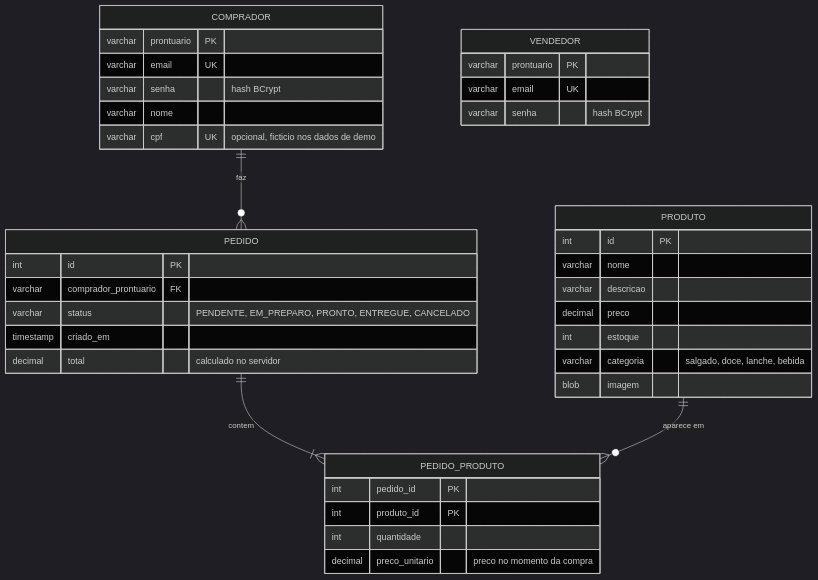
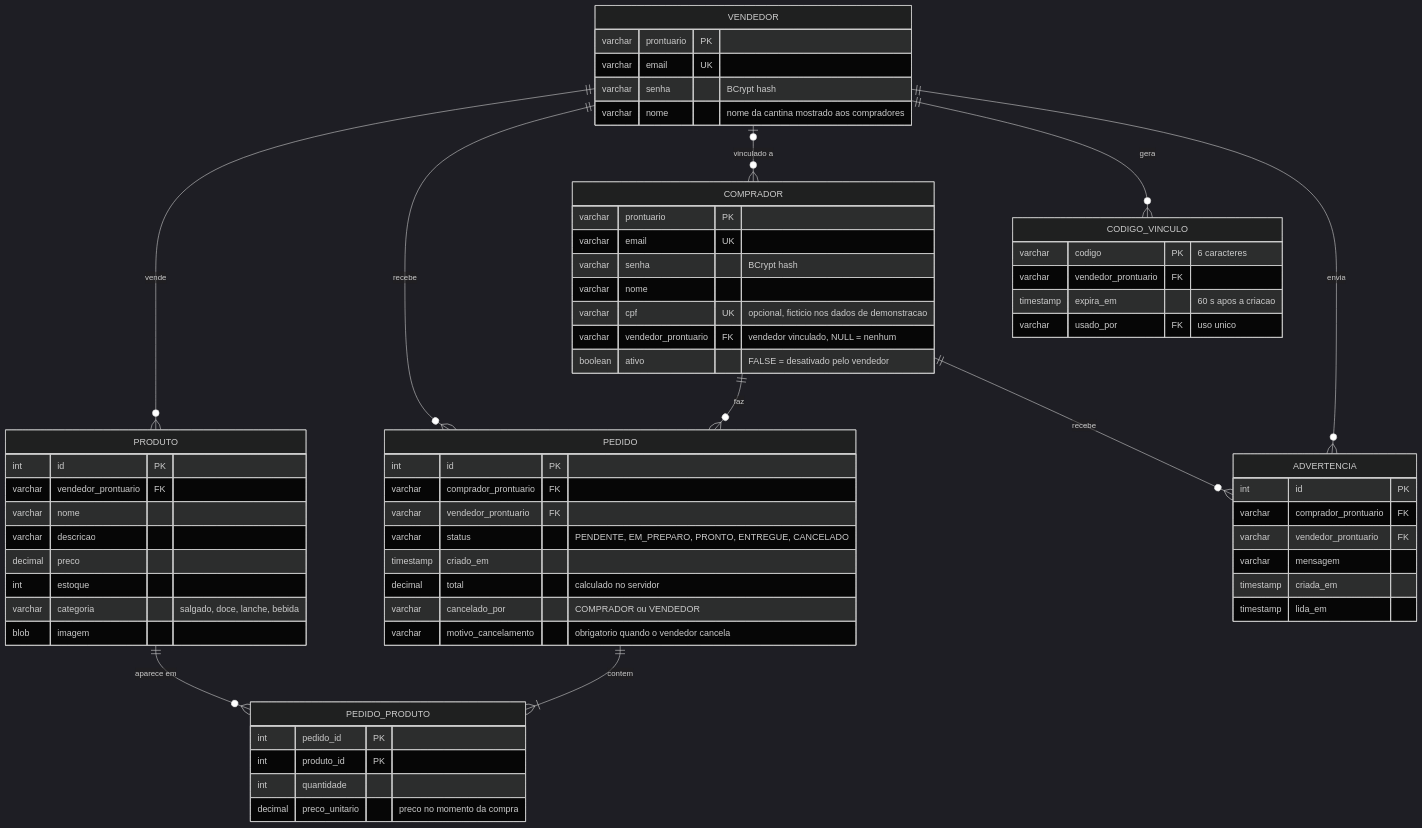
The diagram in LEIA-ME.md (TiagoJSaraiva/CantinaIF), drawn with Mermaid (dark theme) before and after one commit. The commit also changed other lines of this file and 4 other files, not shown here.

First line of the commit message:
docs: multivendedor, vinculo por codigo, gestao de compradores, novos tetos e migracao MySQL

````diff
--- a/LEIA-ME.md
+++ b/LEIA-ME.md
@@ -116,41 +126,68 @@
 ```mermaid
 erDiagram
+    VENDEDOR ||--o{ PRODUTO : vende
+    VENDEDOR ||--o{ PEDIDO : recebe
+    VENDEDOR |o--o{ COMPRADOR : "vinculado a"
+    VENDEDOR ||--o{ CODIGO_VINCULO : gera
+    VENDEDOR ||--o{ ADVERTENCIA : envia
     COMPRADOR ||--o{ PEDIDO : faz
+    COMPRADOR ||--o{ ADVERTENCIA : recebe
     PEDIDO ||--|{ PEDIDO_PRODUTO : contem
     PRODUTO ||--o{ PEDIDO_PRODUTO : "aparece em"
 
+    VENDEDOR {
+        varchar prontuario PK
+        varchar email UK
+        varchar senha "BCrypt hash"
+        varchar nome "nome da cantina mostrado aos compradores"
+    }
     COMPRADOR {
         varchar prontuario PK
         varchar email UK
-        varchar senha "hash BCrypt"
+        varchar senha "BCrypt hash"
         varchar nome
-        varchar cpf UK "opcional, ficticio nos dados de demo"
-    }
-    VENDEDOR {
-        varchar prontuario PK
-        varchar email UK
-        varchar senha "hash BCrypt"
+        varchar cpf UK "opcional, ficticio nos dados de demonstracao"
+        varchar vendedor_prontuario FK "vendedor vinculado, NULL = nenhum"
+        boolean ativo "FALSE = desativado pelo vendedor"
     }
     PRODUTO {
         int id PK
+        varchar vendedor_prontuario FK
         varchar nome
         varchar descricao
         decimal preco
         int estoque
         varchar categoria "salgado, doce, lanche, bebida"
         blob imagem
     }
     PEDIDO {
         int id PK
         varchar comprador_prontuario FK
+        varchar vendedor_prontuario FK
         varchar status "PENDENTE, EM_PREPARO, PRONTO, ENTREGUE, CANCELADO"
         timestamp criado_em
         decimal total "calculado no servidor"
+        varchar cancelado_por "COMPRADOR ou VENDEDOR"
+        varchar motivo_cancelamento "obrigatorio quando o vendedor cancela"
     }
     PEDIDO_PRODUTO {
         int pedido_id PK
         int produto_id PK
         int quantidade
         decimal preco_unitario "preco no momento da compra"
     }
+    CODIGO_VINCULO {
+        varchar codigo PK "6 caracteres"
+        varchar vendedor_prontuario FK
+        timestamp expira_em "60 s apos a criacao"
+        varchar usado_por FK "uso unico"
+    }
+    ADVERTENCIA {
+        int id PK
+        varchar comprador_prontuario FK
+        varchar vendedor_prontuario FK
+        varchar mensagem
+        timestamp criada_em
+        timestamp lida_em
+    }
 ```
````
